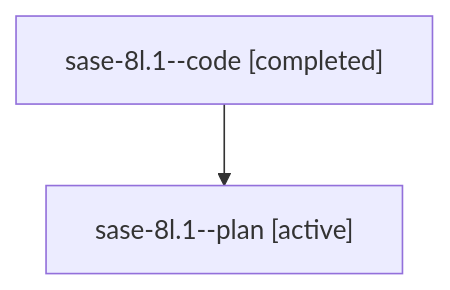
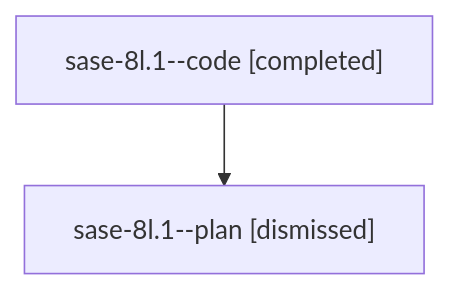
One commit to sase-org/sase--agents changed the diagram in sessions/bbugyi200.athena.sase-8l.1.md. Above: the diagram before and after it, drawn with Mermaid. The commit also changed other lines of this file and 79 other files, not shown here.

````diff
--- a/sessions/bbugyi200.athena.sase-8l.1.md
+++ b/sessions/bbugyi200.athena.sase-8l.1.md
@@ -9,6 +9,6 @@
 ```mermaid
 flowchart TD
   n0["sase-8l.1--code [completed]"]
-  n1["sase-8l.1--plan [active]"]
+  n1["sase-8l.1--plan [dismissed]"]
   n0 --> n1
 ```
````
